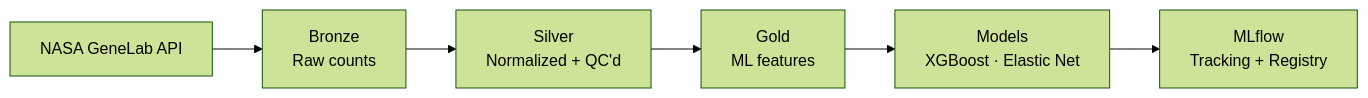
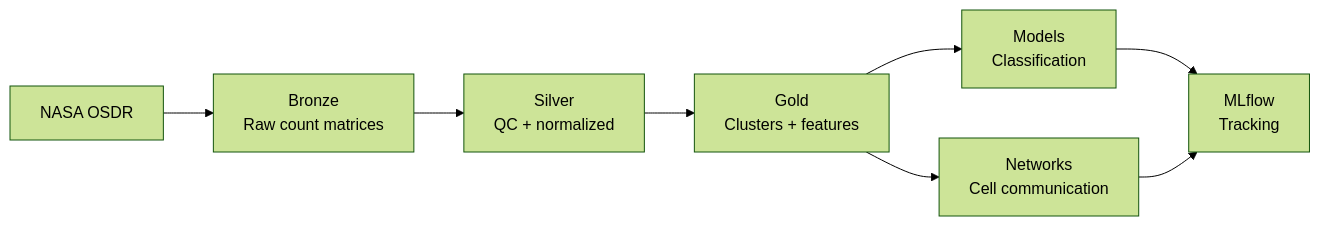
The diagram in README.md (h4rrye/spaceGen), drawn with Mermaid (forest theme) before and after one commit. The commit also changed other lines of this file and 1 other file, not shown here.

````diff
--- a/README.md
+++ b/README.md
@@ -31,8 +31,10 @@
 ```mermaid
 graph LR
-    A[NASA GeneLab API] --> B[Bronze<br/>Raw counts]
-    B --> C[Silver<br/>Normalized + QC'd]
-    C --> D[Gold<br/>ML features]
-    D --> E[Models<br/>XGBoost · Elastic Net]
-    E --> F[MLflow<br/>Tracking + Registry]
+    A[NASA OSDR] --> B[Bronze<br/>Raw count matrices]
+    B --> C[Silver<br/>QC + normalized]
+    C --> D[Gold<br/>Clusters + features]
+    D --> E[Models<br/>Classification]
+    D --> F[Networks<br/>Cell communication]
+    E --> G[MLflow<br/>Tracking]
+    F --> G
 ```
````
